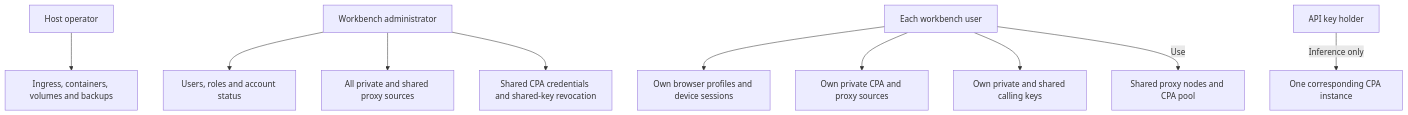
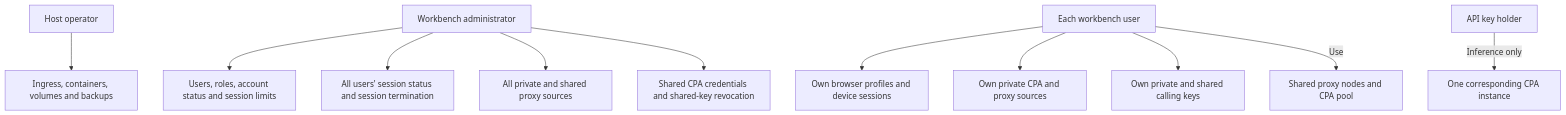
Before and after one commit to NotDesigned/remote-claude-browser: the second of 3 diagrams in docs/architecture.md, drawn with Mermaid. The commit also changed other lines of this file and 13 other files, not shown here.

Commit message:
Add administrator dashboard and per-user session limits

````diff
--- a/docs/architecture.md
+++ b/docs/architecture.md
@@ -46,12 +46,13 @@
 ```mermaid
 flowchart TB
   Operator[Host operator] --> Infrastructure[Ingress, containers, volumes and backups]
-  Admin[Workbench administrator] --> Users[Users, roles and account status]
+  Admin[Workbench administrator] --> Users[Users, roles, account status and session limits]
+  Admin --> Sessions[All users' session status and session termination]
   Admin --> Sources[All private and shared proxy sources]
   Admin --> Shared[Shared CPA credentials and shared-key revocation]
   User[Each workbench user] --> Profiles[Own browser profiles and device sessions]
   User --> Private[Own private CPA and proxy sources]
   User --> Keys[Own private and shared calling keys]
   User -->|Use| SharedPool[Shared proxy nodes and CPA pool]
   Key[API key holder] -->|Inference only| Instance[One corresponding CPA instance]
 ```
````
